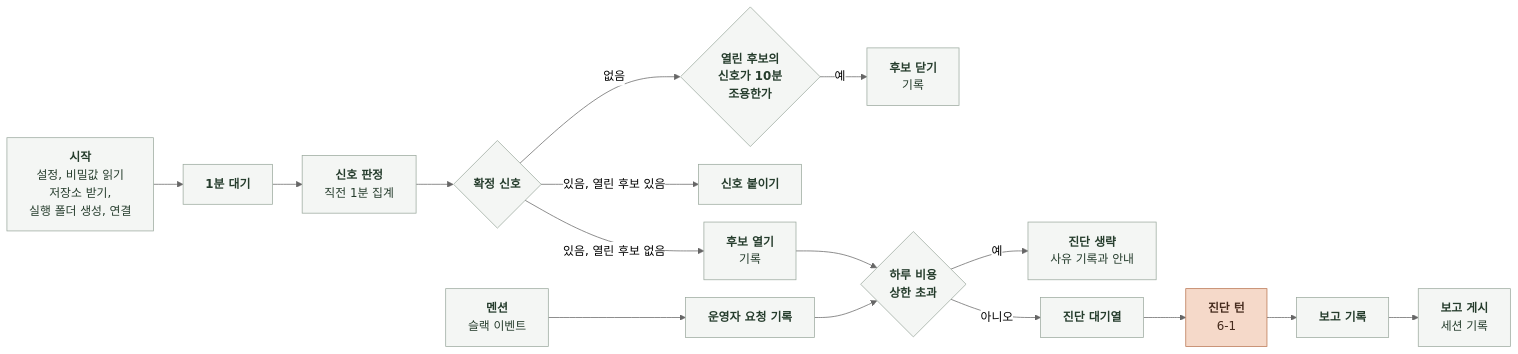
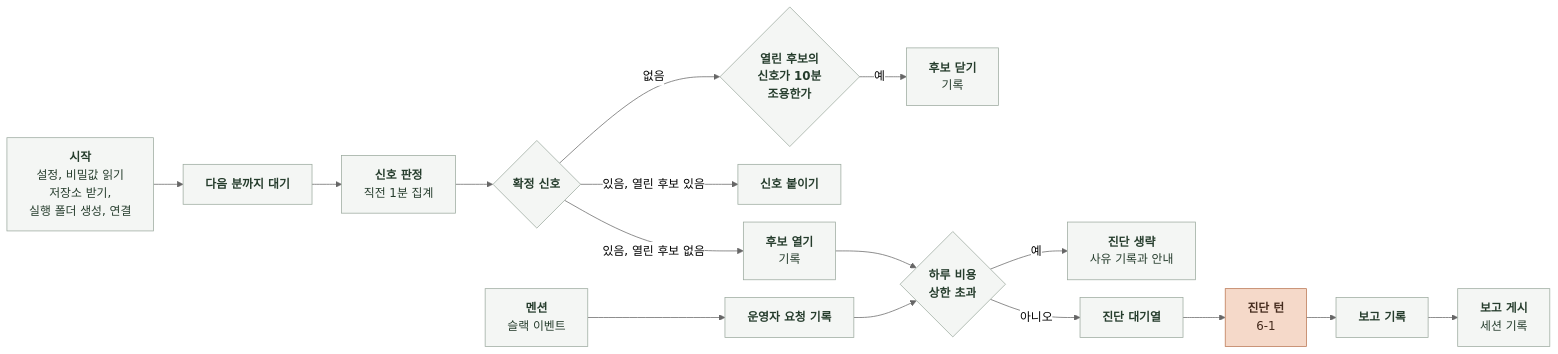
Before and after one commit to KIM-N-KANG/knk-harness: the first of 2 diagrams in docs/domain/OBSERVABILITY/AI/6-2-SOFTWARE-IMPLEMENTATION.md, drawn with Mermaid (neutral theme). The commit also changed other lines of this file and 7 other files, not shown here.

````diff
--- a/docs/domain/OBSERVABILITY/AI/6-2-SOFTWARE-IMPLEMENTATION.md
+++ b/docs/domain/OBSERVABILITY/AI/6-2-SOFTWARE-IMPLEMENTATION.md
@@ -13,36 +13,36 @@
 ```mermaid
 %%{init: {"flowchart": {"curve": "basis", "nodeSpacing": 24, "rankSpacing": 40}}}%%
 flowchart LR
     S["`**시작**
 설정, 비밀값 읽기
 저장소 받기,
-실행 폴더 생성, 연결`"] --> C["`**1분 대기**`"]
+실행 폴더 생성, 연결`"] --> C["`**다음 분까지 대기**`"]
     C --> D["`**신호 판정**
 직전 1분 집계`"]
     D --> K{"`**확정 신호**`"}
     K -->|"`없음`"| X{"`**열린 후보의
 신호가 10분
 조용한가**`"}
     X -->|"`예`"| Z["`**후보 닫기**
 기록`"]
     K -->|"`있음, 열린 후보 있음`"| A["`**신호 붙이기**`"]
     K -->|"`있음, 열린 후보 없음`"| N["`**후보 열기**
 기록`"]
     E["`**멘션**
 슬랙 이벤트`"] --> MN["`**운영자 요청 기록**`"]
     N --> B{"`**하루 비용
 상한 초과**`"}
     MN --> B
     B -->|"`예`"| SK["`**진단 생략**
 사유 기록과 안내`"]
     B -->|"`아니오`"| Q["`**진단 대기열**`"]
     Q --> G["`**진단 턴**
 6-1`"]
     G --> W["`**보고 기록**`"]
     W --> L["`**보고 게시**
 세션 기록`"]
     classDef model fill:#F5D9C9,stroke:#B97450,color:#452B1D
     classDef code fill:#F4F6F4,stroke:#9BA99E,color:#253C2C
     class G model
     class S,C,D,K,X,N,A,Z,E,MN,B,SK,Q,W,L code
 ```
````
